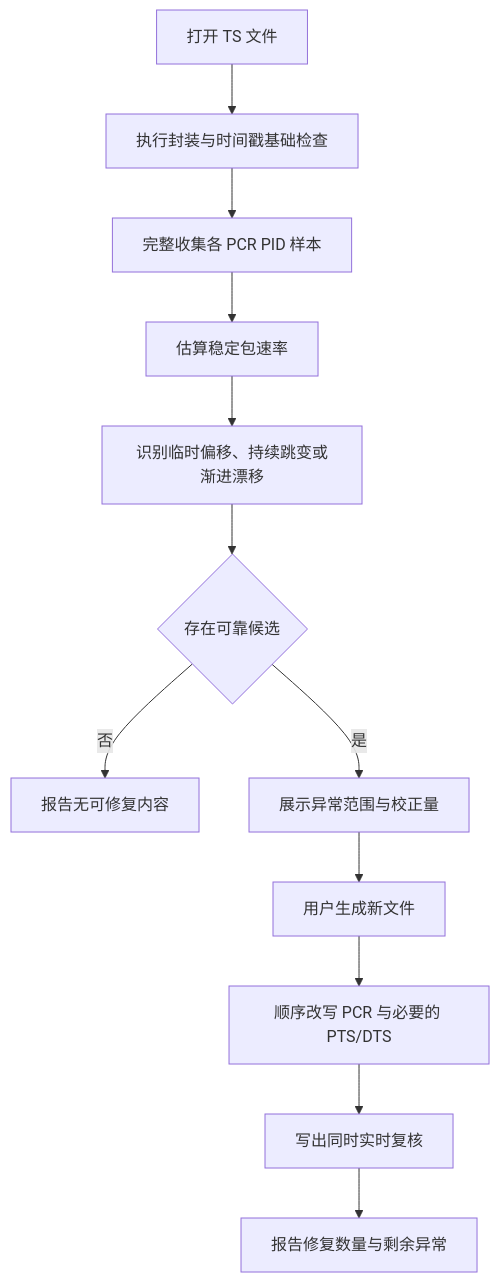
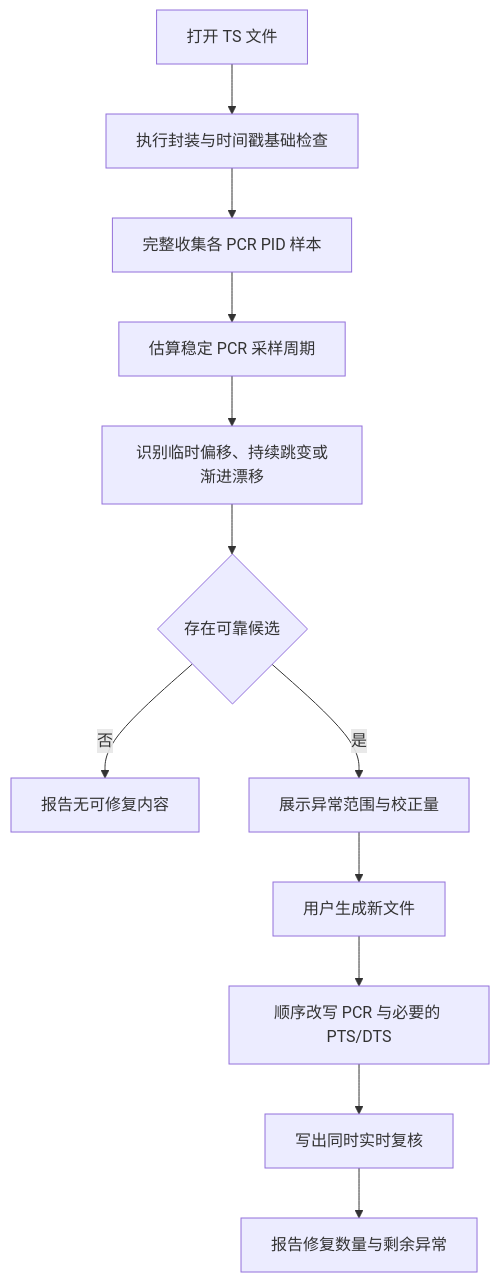
The diagram in docs/TS时间轴修复设计方案.md (nilaoda/TSCutter.GUI), drawn with Mermaid before and after one commit. The commit also changed other lines of this file and 8 other files, not shown here.

Commit message:
fix: prevent TS scan false positives and unsafe timeline repairs (#99)

````diff
--- a/docs/TS时间轴修复设计方案.md
+++ b/docs/TS时间轴修复设计方案.md
@@ -87,14 +99,14 @@
 ```mermaid
 flowchart TD
     A[打开 TS 文件] --> B[执行封装与时间戳基础检查]
     B --> C[完整收集各 PCR PID 样本]
-    C --> D[估算稳定包速率]
+    C --> D[估算稳定 PCR 采样周期]
     D --> E[识别临时偏移、持续跳变或渐进漂移]
     E --> F{存在可靠候选}
     F -->|否| G[报告无可修复内容]
     F -->|是| H[展示异常范围与校正量]
     H --> I[用户生成新文件]
     I --> J[顺序改写 PCR 与必要的 PTS/DTS]
     J --> K[写出同时实时复核]
     K --> L[报告修复数量与剩余异常]
 ```
````
